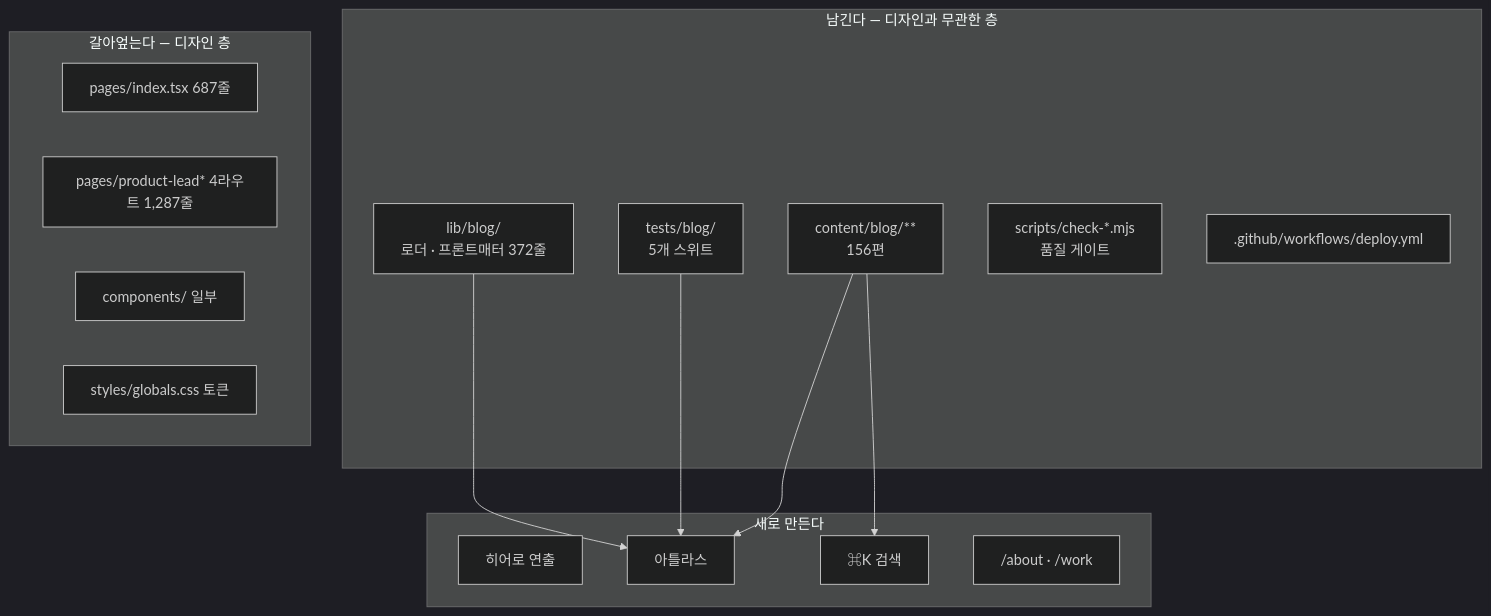
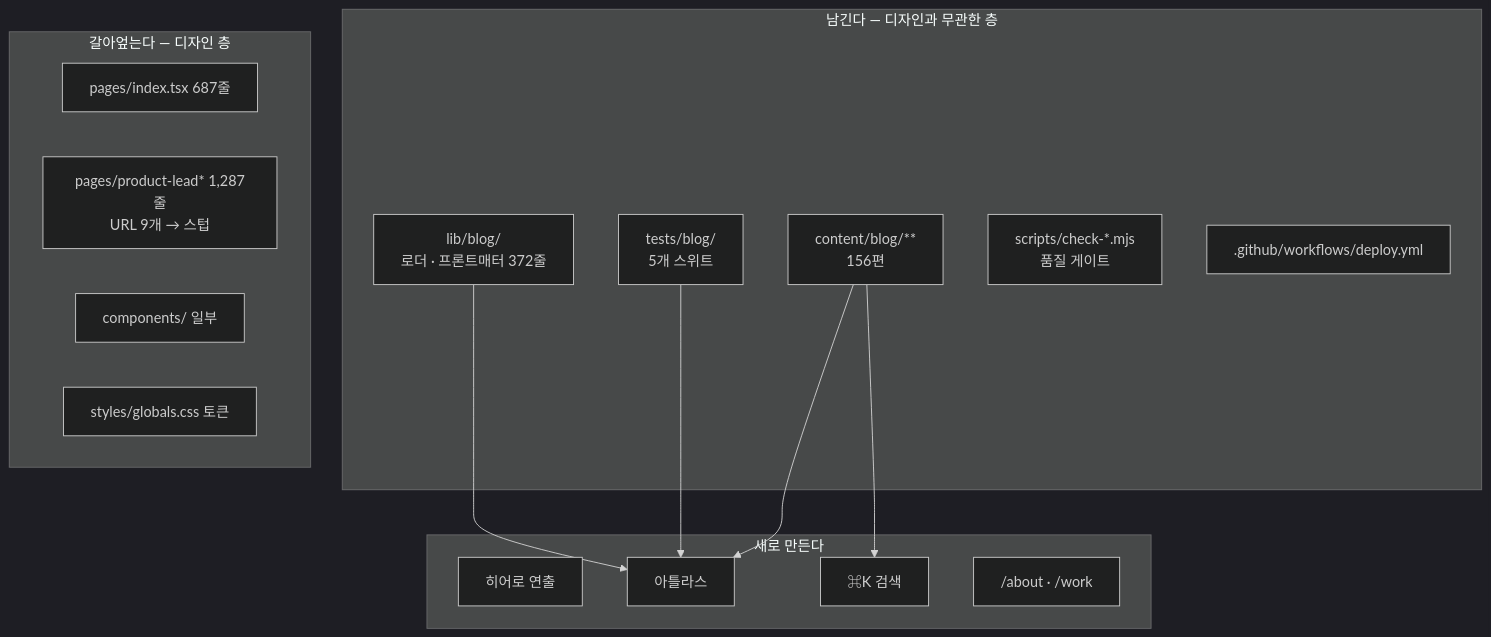
Before and after one commit to withwooyong/withwooyong.github.io: the sixth of 8 diagrams in docs/superpowers/specs/2026-08-25-redesign-and-atlas.md, drawn with Mermaid (dark theme). The commit also changed other lines of this file, not shown here.

````diff
--- a/docs/superpowers/specs/2026-08-25-redesign-and-atlas.md
+++ b/docs/superpowers/specs/2026-08-25-redesign-and-atlas.md
@@ -541,26 +733,26 @@
 ```mermaid
 flowchart TD
     subgraph KEEP["남긴다 — 디자인과 무관한 층"]
         C["content/blog/**<br/>156편"]
         L["lib/blog/<br/>로더 · 프론트매터 372줄"]
         T["tests/blog/<br/>5개 스위트"]
         S["scripts/check-*.mjs<br/>품질 게이트"]
         W[".github/workflows/deploy.yml"]
     end
     subgraph REWRITE["갈아엎는다 — 디자인 층"]
         I["pages/index.tsx 687줄"]
-        PL["pages/product-lead* 4라우트 1,287줄"]
+        PL["pages/product-lead* 1,287줄<br/>URL 9개 → 스텁"]
         CO["components/ 일부"]
         G["styles/globals.css 토큰"]
     end
     subgraph NEW["새로 만든다"]
         H["히어로 연출"]
         A["아틀라스"]
         K["⌘K 검색"]
         AB["/about · /work"]
     end
     L --> A
     T --> A
     C --> A
     C --> K
 ```
````
